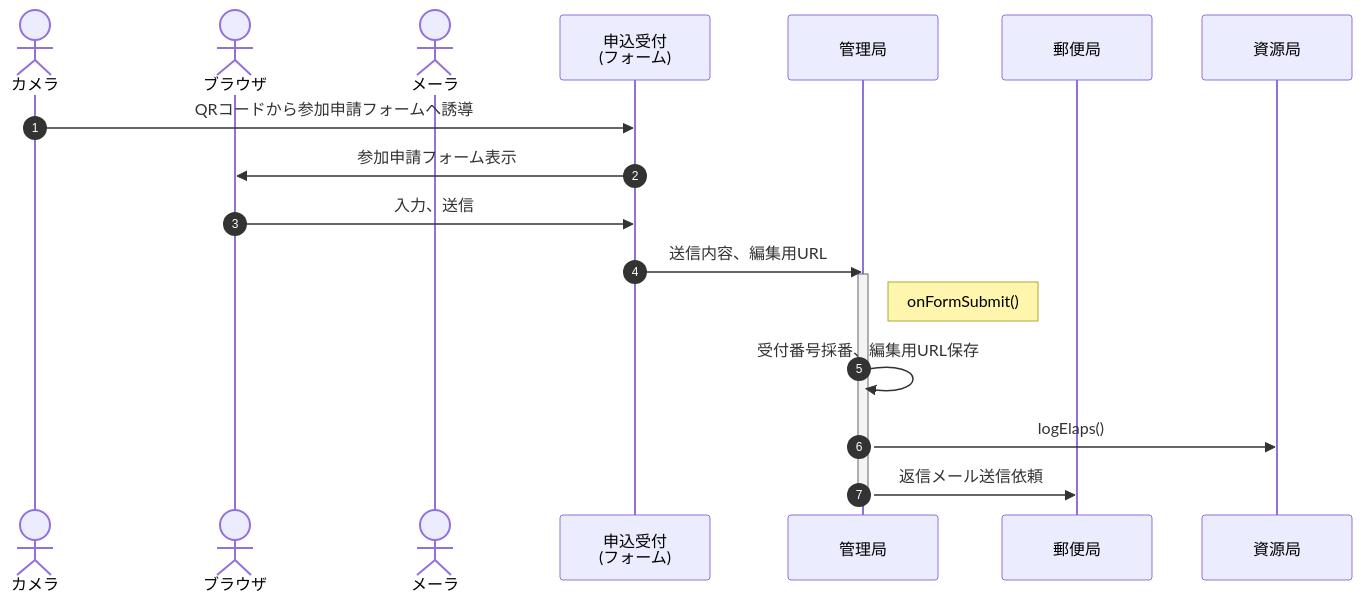
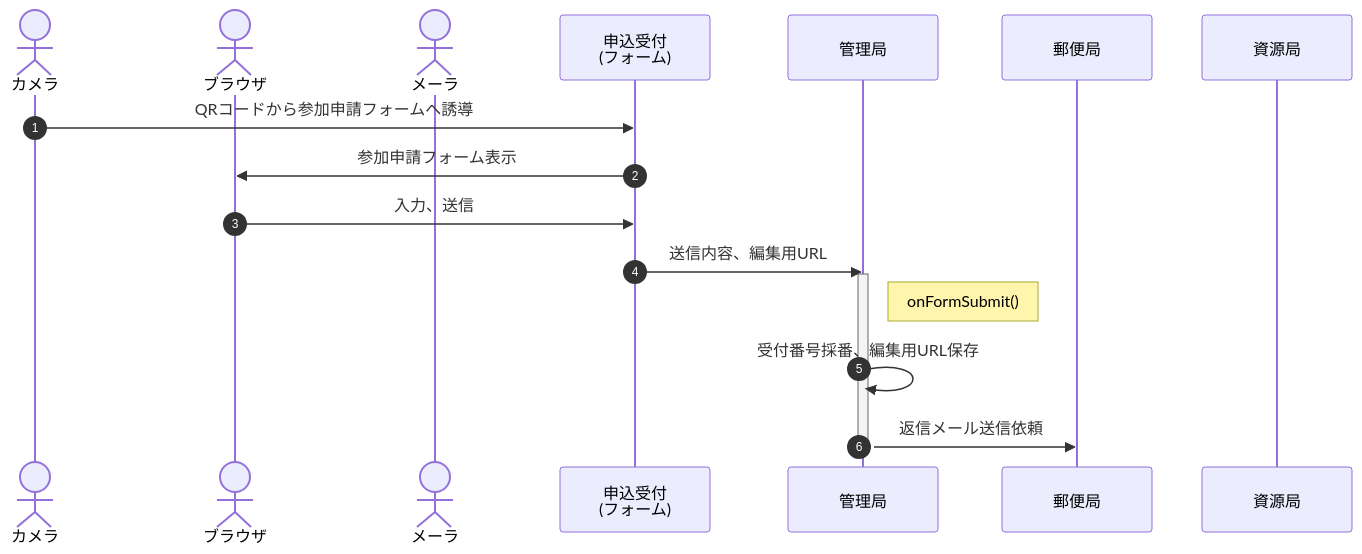
One commit to nakaone/EventStaff changed the second of 7 diagrams in doc/server.md. Above: the diagram before and after it, drawn with Mermaid. The commit also changed other lines of this file and 1 other file, not shown here.

````diff
--- a/doc/server.md
+++ b/doc/server.md
@@ -93,22 +93,21 @@
 ```mermaid
 sequenceDiagram
   autonumber
   actor camera as カメラ
   actor browser as ブラウザ
   actor mail as メーラ
   participant Form as 申込受付<br>(フォーム)
   participant Master as 管理局
   participant Post as 郵便局
   participant Agency as 資源局
 
   camera ->> Form : QRコードから参加申請フォームへ誘導
   Form ->> browser : 参加申請フォーム表示
   browser ->> Form : 入力、送信
   Form ->> Master : 送信内容、編集用URL
   activate Master
   Note right of Master : onFormSubmit()
   Master ->> Master : 受付番号採番、編集用URL保存
-  Master ->> Agency : logElaps()
   Master ->> Post : 返信メール送信依頼
   deactivate Master
 ```
````
